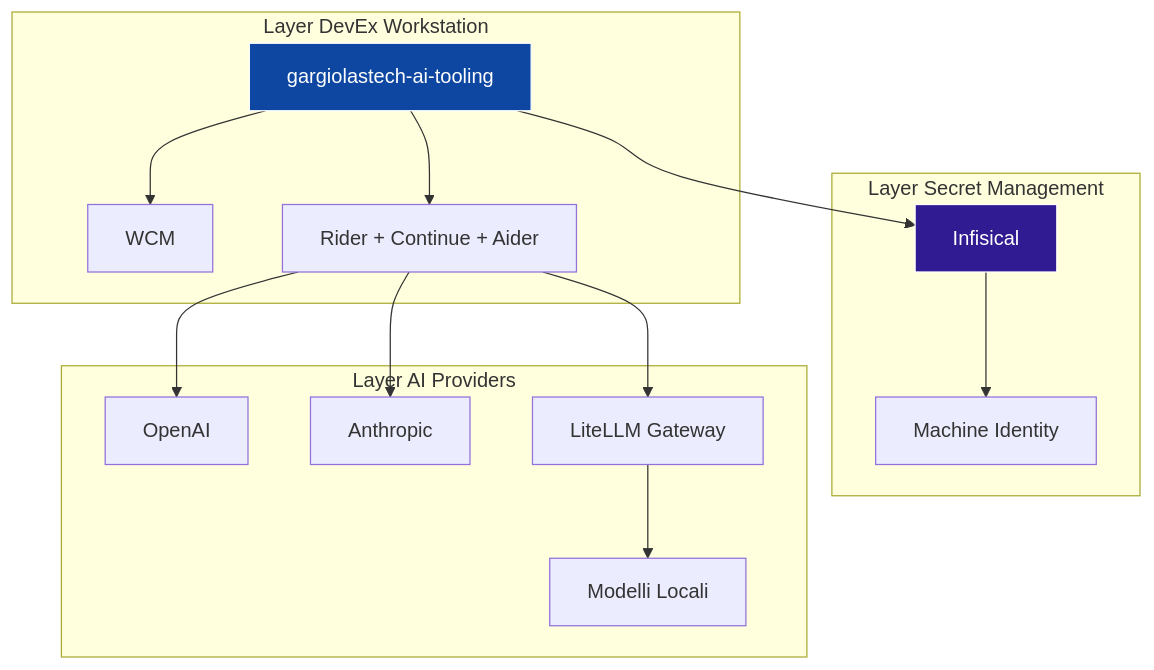
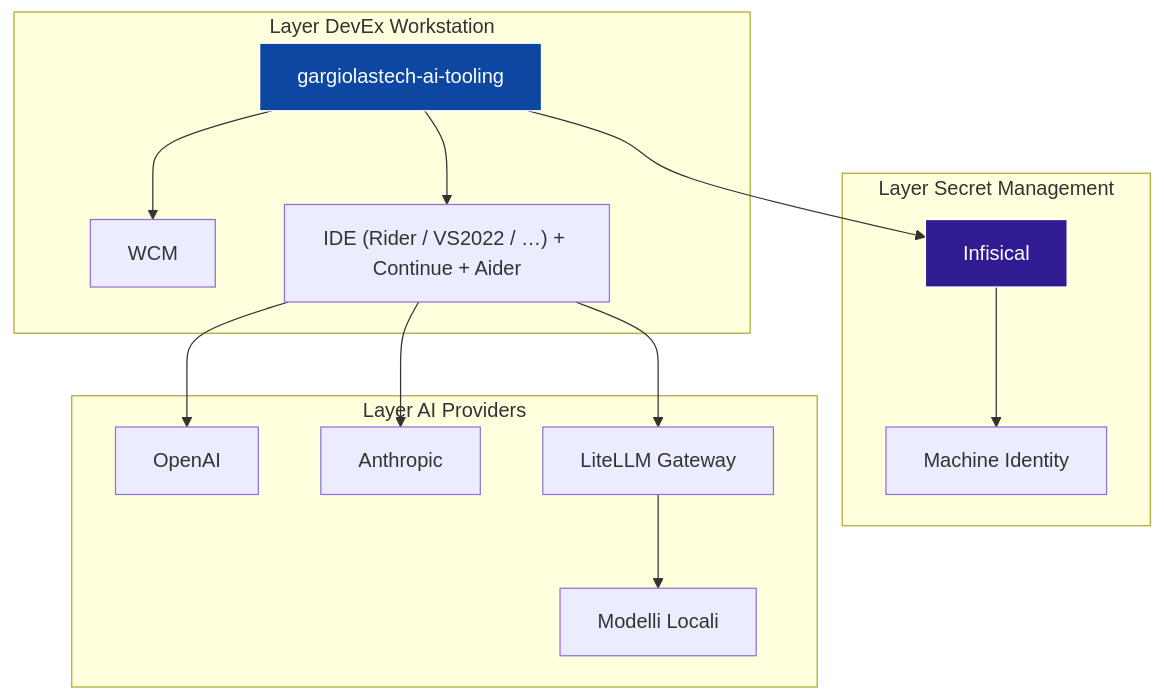
The first of 21 diagrams in docs/DOCUMENTATION.md (gargiolastech-core/gargiolastech-ai-tooling), drawn with Mermaid before and after one commit. The commit also changed other lines of this file, not shown here.

Commit message:
docs: Comprehensive update of `DOCUMENTATION.md` for v2.0 multi-IDE support

````diff
--- a/docs/DOCUMENTATION.md
+++ b/docs/DOCUMENTATION.md
@@ -100,32 +107,32 @@
 ```mermaid
 flowchart TB
     subgraph TopLayer["Layer DevEx Workstation"]
         AT["gargiolastech-ai-tooling"]
         Cred["WCM"]
-        IDE["Rider + Continue + Aider"]
+        IDE["IDE (Rider / VS2022 / …) + Continue + Aider"]
     end
 
     subgraph MiddleLayer["Layer Secret Management"]
         INF["Infisical"]
         MI["Machine Identity"]
     end
 
     subgraph BottomLayer["Layer AI Providers"]
         OAI["OpenAI"]
         ANT["Anthropic"]
         LLM["LiteLLM Gateway"]
         LOC["Modelli Locali"]
     end
 
     AT --> Cred
     AT --> IDE
     AT --> INF
     INF --> MI
     IDE --> OAI
     IDE --> ANT
     IDE --> LLM
     LLM --> LOC
 
     style AT fill:#0d47a1,stroke:#fff,color:#fff
     style INF fill:#311b92,stroke:#fff,color:#fff
 ```
````
